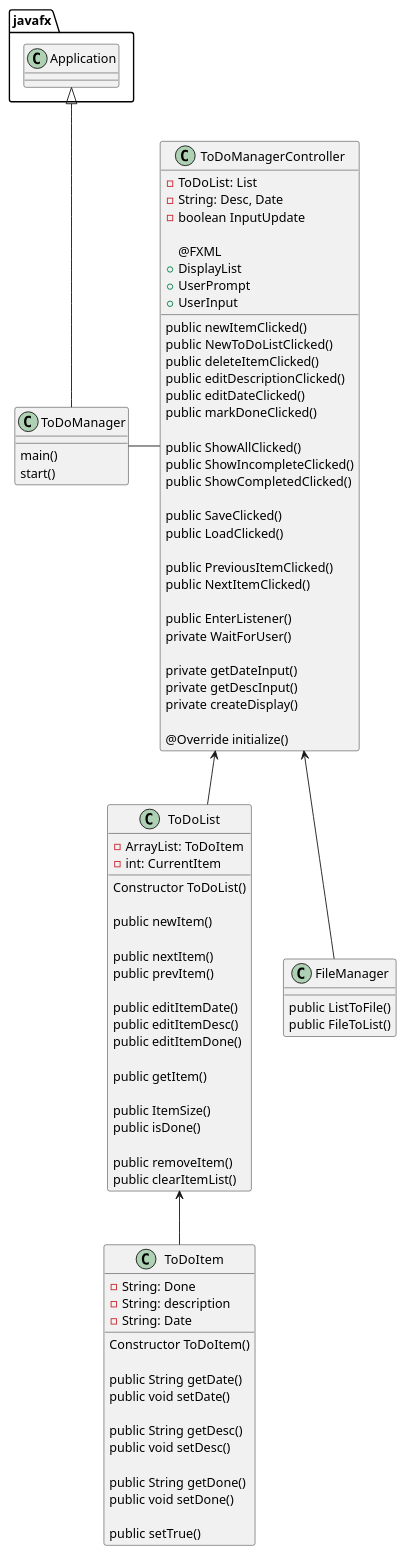
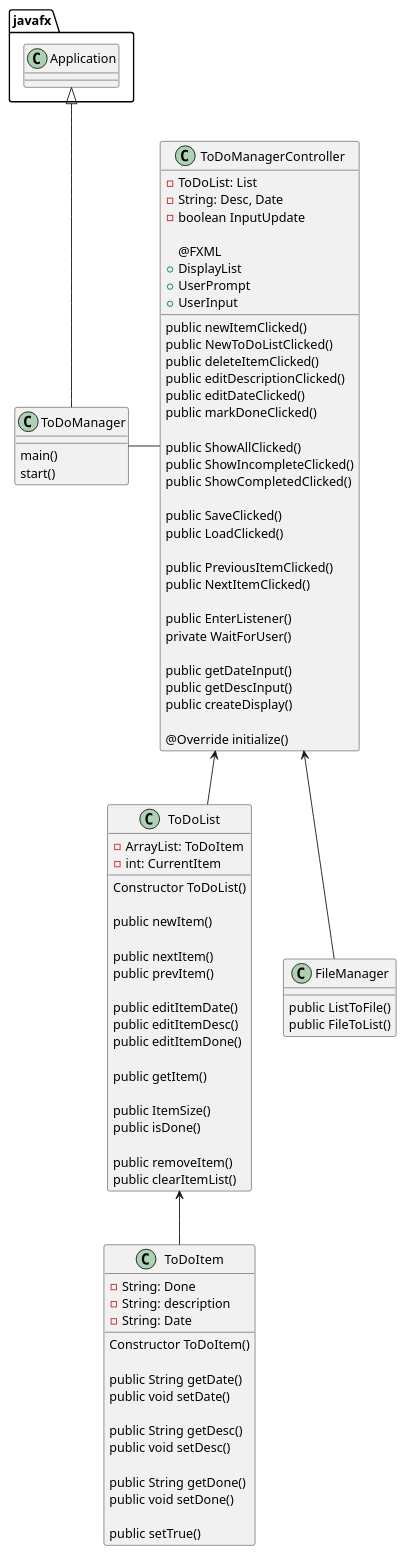
The diagram in UML/main.puml (Chabs64/higgins-cop3330-assignment4part2), drawn with PlantUML before and after one commit. The commit also changed 9 other files, not shown here.

```diff
--- a/UML/main.puml
+++ b/UML/main.puml
@@ -1,108 +1,108 @@
 @startuml
 'https://plantuml.com/sequence-diagram
 
 class ToDoManager
 {
     main()
     start()
 }
 
 javafx.Application <|-- ToDoManager
 
 class ToDoManagerController{
 
     - ToDoList: List
     - String: Desc, Date
     - boolean InputUpdate
 
     @FXML
     + DisplayList
     + UserPrompt
     + UserInput
 
     public newItemClicked()
     public NewToDoListClicked()
     public deleteItemClicked()
     public editDescriptionClicked()
     public editDateClicked()
     public markDoneClicked()
 
     public ShowAllClicked()
     public ShowIncompleteClicked()
     public ShowCompletedClicked()
 
     public SaveClicked()
     public LoadClicked()
 
     public PreviousItemClicked()
     public NextItemClicked()
 
     public EnterListener()
     private WaitForUser()
 
-    private getDateInput()
-    private getDescInput()
-    private createDisplay()
+    public getDateInput()
+    public getDescInput()
+    public createDisplay()
 
     @Override initialize()
 }
 
 ToDoManager - ToDoManagerController
 ToDoManagerController <-- ToDoList
 
 class ToDoList
 {
     - ArrayList: ToDoItem
     - int: CurrentItem
 
     Constructor ToDoList()
 
     public newItem()
 
     public nextItem()
     public prevItem()
 
     public editItemDate()
     public editItemDesc()
     public editItemDone()
 
     public getItem()
 
     public ItemSize()
     public isDone()
 
     public removeItem()
     public clearItemList()
 }
 
 class ToDoItem
 {
 
     - String: Done
     - String: description
     - String: Date
 
     Constructor ToDoItem()
 
     public String getDate()
     public void setDate()
 
     public String getDesc()
     public void setDesc()
 
     public String getDone()
     public void setDone()
 
     public setTrue()
 }
 ToDoList <-- ToDoItem
 
 class FileManager
 {
     public ListToFile()
     public FileToList()
 }
 
 ToDoManagerController <-- FileManager
 
 @enduml
```
